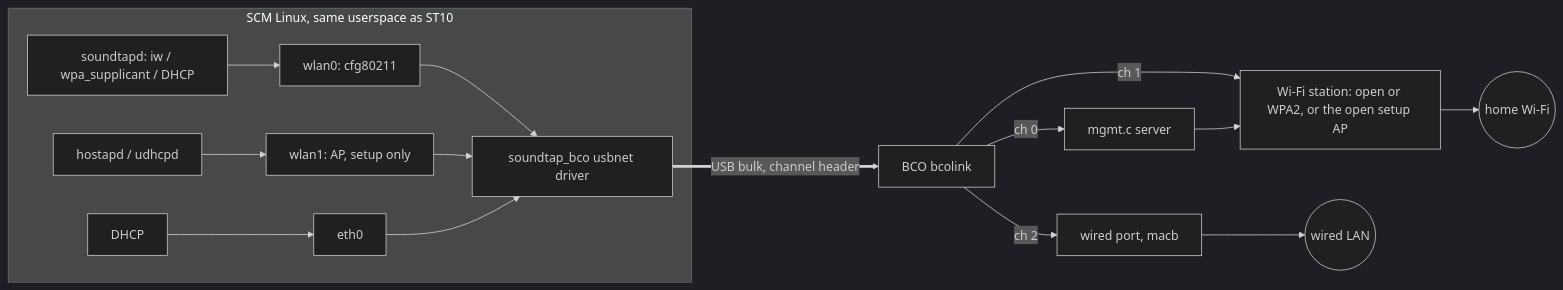
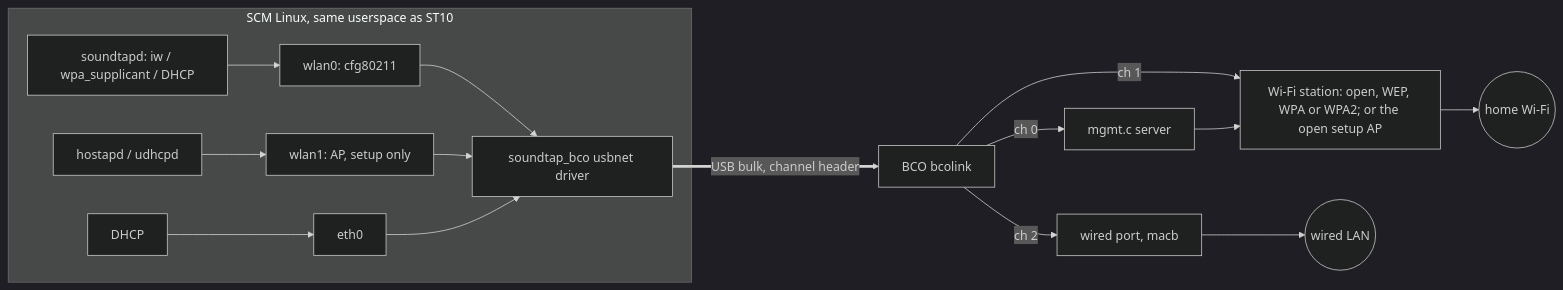
Before and after one commit to stein155/soundtap: the ninth of 9 diagrams in docs/contributors/design.md, drawn with Mermaid (dark theme). The commit also changed 69 other files, not shown here.

````diff
--- a/docs/contributors/design.md
+++ b/docs/contributors/design.md
@@ -517,18 +517,18 @@
 ```mermaid
 flowchart LR
   subgraph SCM[SCM Linux, same userspace as ST10]
     WPA[soundtapd: iw / wpa_supplicant / DHCP] --> WL[wlan0: cfg80211]
     HAP[hostapd / udhcpd] --> W1[wlan1: AP, setup only]
     DH[DHCP] --> E0[eth0]
     WL --> DRV[soundtap_bco usbnet driver]
     W1 --> DRV
     E0 --> DRV
   end
   DRV == USB bulk, channel header ==> LINK[BCO bcolink]
   LINK -- ch 0 --> MG[mgmt.c server]
-  LINK -- ch 1 --> STA[Wi-Fi station: open or WPA2, or the open setup AP]
+  LINK -- ch 1 --> STA[Wi-Fi station: open, WEP, WPA or WPA2; or the open setup AP]
   LINK -- ch 2 --> GEM[wired port, macb]
   MG --> STA
   STA --> AIR((home Wi-Fi))
   GEM --> LAN((wired LAN))
 ```
````
